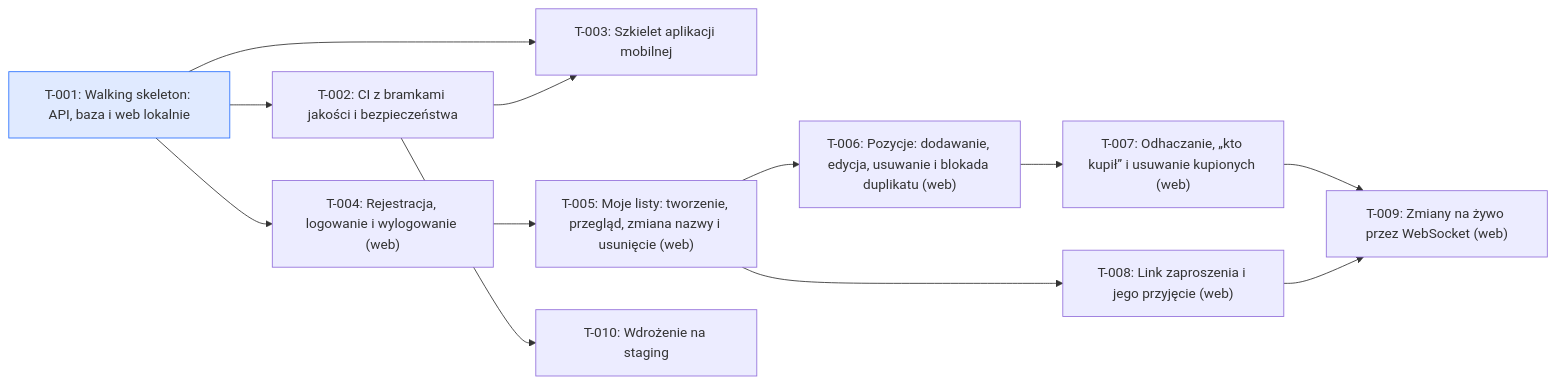
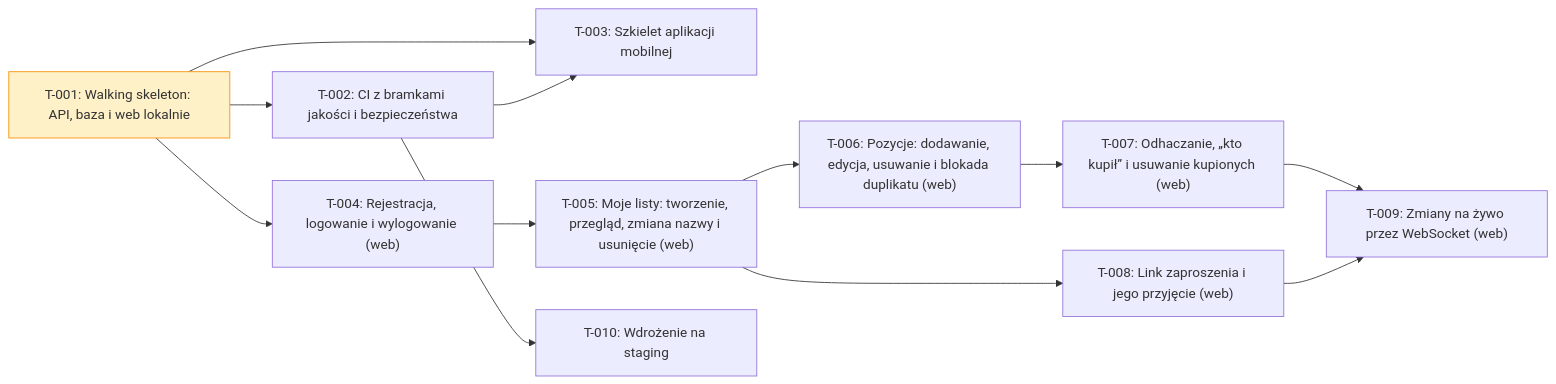
Before and after one commit to tombraz/lista-zakupow: the diagram in docs/backlog/index.md, drawn with Mermaid. The commit also changed other lines of this file and 1 other file, not shown here.

````diff
--- a/docs/backlog/index.md
+++ b/docs/backlog/index.md
@@ -17,28 +17,28 @@
 ```mermaid
 flowchart LR
-  T_001["T-001: Walking skeleton: API, baza i web lokalnie"]:::qa
+  T_001["T-001: Walking skeleton: API, baza i web lokalnie"]:::wip
   T_002["T-002: CI z bramkami jakości i bezpieczeństwa"]
   T_003["T-003: Szkielet aplikacji mobilnej"]
   T_004["T-004: Rejestracja, logowanie i wylogowanie (web)"]
   T_005["T-005: Moje listy: tworzenie, przegląd, zmiana nazwy i usunięcie (web)"]
   T_006["T-006: Pozycje: dodawanie, edycja, usuwanie i blokada duplikatu (web)"]
   T_007["T-007: Odhaczanie, „kto kupił” i usuwanie kupionych (web)"]
   T_008["T-008: Link zaproszenia i jego przyjęcie (web)"]
   T_009["T-009: Zmiany na żywo przez WebSocket (web)"]
   T_010["T-010: Wdrożenie na staging"]
   T_001 --> T_002
   T_001 --> T_003
   T_002 --> T_003
   T_001 --> T_004
   T_004 --> T_005
   T_005 --> T_006
   T_006 --> T_007
   T_005 --> T_008
   T_007 --> T_009
   T_008 --> T_009
   T_002 --> T_010
   classDef done fill:#d1fadf,stroke:#12b76a
   classDef wip fill:#fef0c7,stroke:#f79009
   classDef qa fill:#e0eaff,stroke:#2970ff
   classDef blocked fill:#fee4e2,stroke:#f04438
 ```
````
